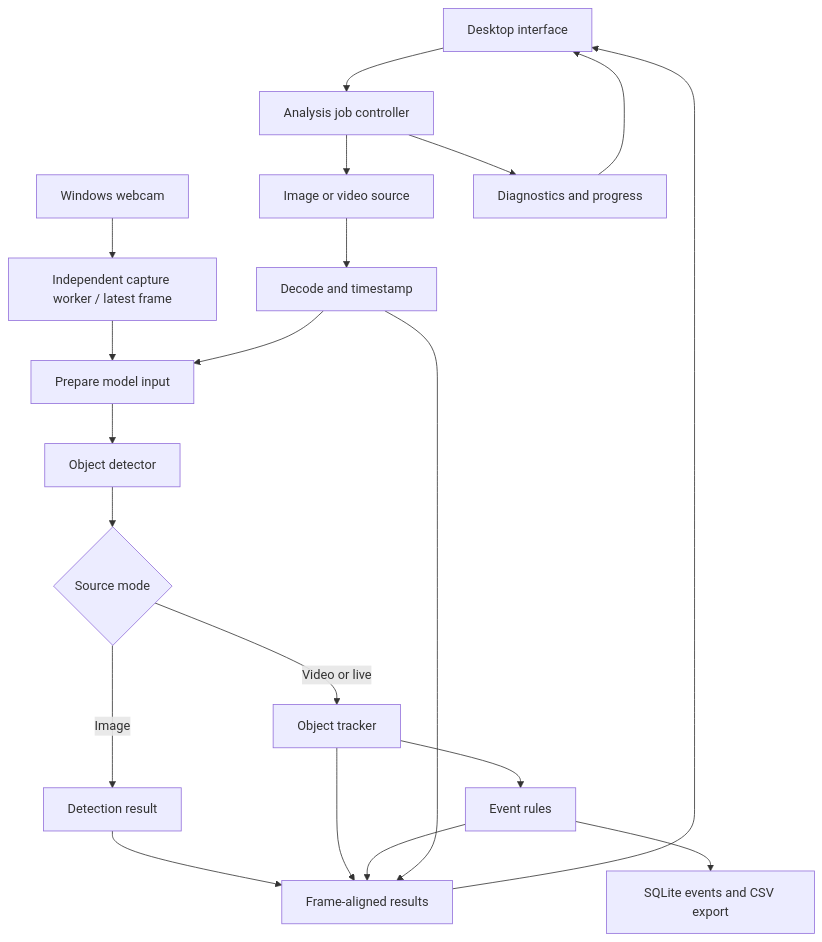
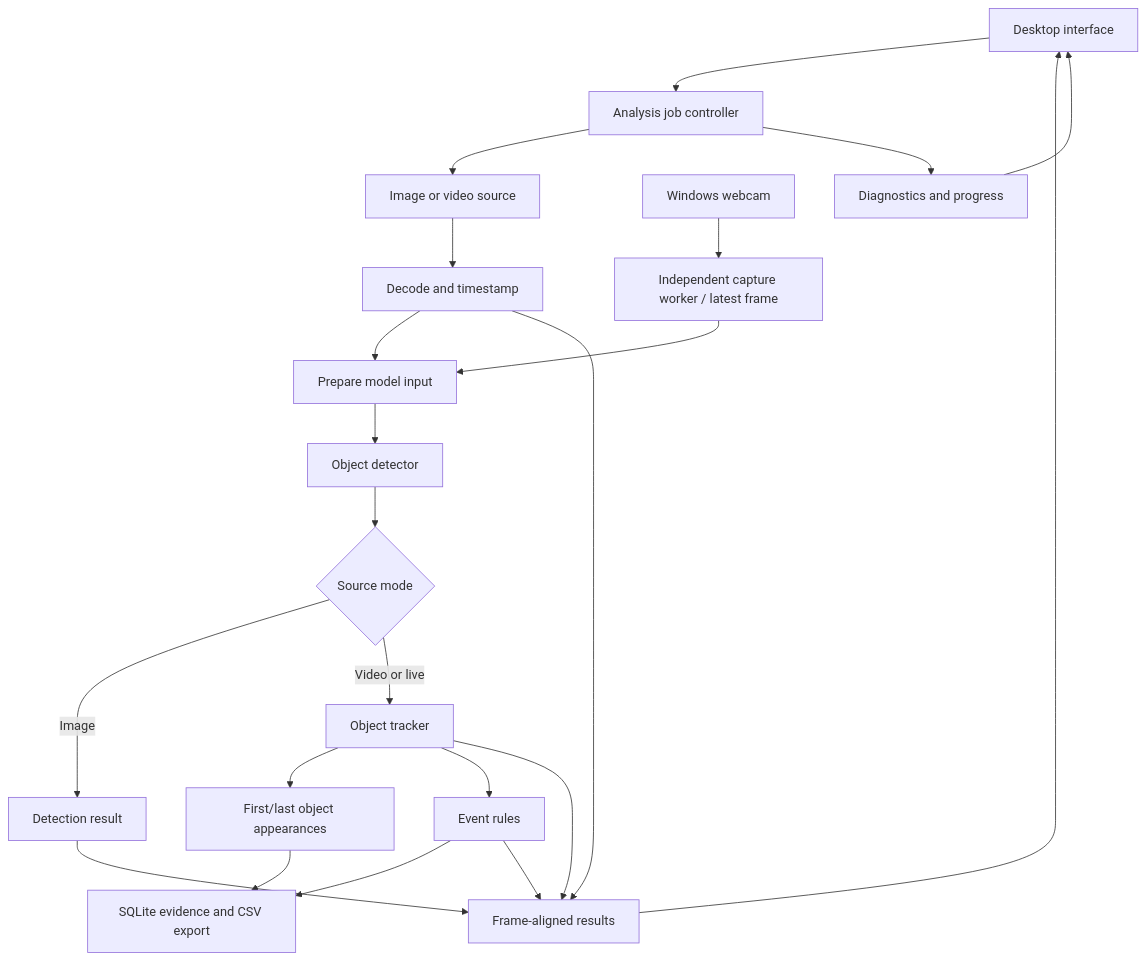
Before and after one commit to MogProgJ/FrameTrail: the diagram in docs/ARCHITECTURE.md, drawn with Mermaid. The commit also changed other lines of this file and 24 other files, not shown here.

````diff
--- a/docs/ARCHITECTURE.md
+++ b/docs/ARCHITECTURE.md
@@ -9,22 +9,24 @@
 ```mermaid
 flowchart TD
     UI[Desktop interface] --> JOB[Analysis job controller]
     JOB --> SRC[Image or video source]
     LIVE[Windows webcam] --> CAP[Independent capture worker / latest frame]
     CAP --> PRE
     SRC --> DEC[Decode and timestamp]
     DEC --> PRE[Prepare model input]
     PRE --> DET[Object detector]
     DET --> MODE{Source mode}
     MODE -->|Image| IMG[Detection result]
     MODE -->|Video or live| TRK[Object tracker]
+    TRK --> APP[First/last object appearances]
+    APP --> STORE
     TRK --> EVT[Event rules]
-    EVT --> STORE[SQLite events and CSV export]
+    EVT --> STORE[SQLite evidence and CSV export]
     IMG --> OUT[Frame-aligned results]
     TRK --> OUT
     EVT --> OUT
     OUT --> UI
     DEC --> OUT
     JOB --> MET[Diagnostics and progress]
     MET --> UI
 ```
````
